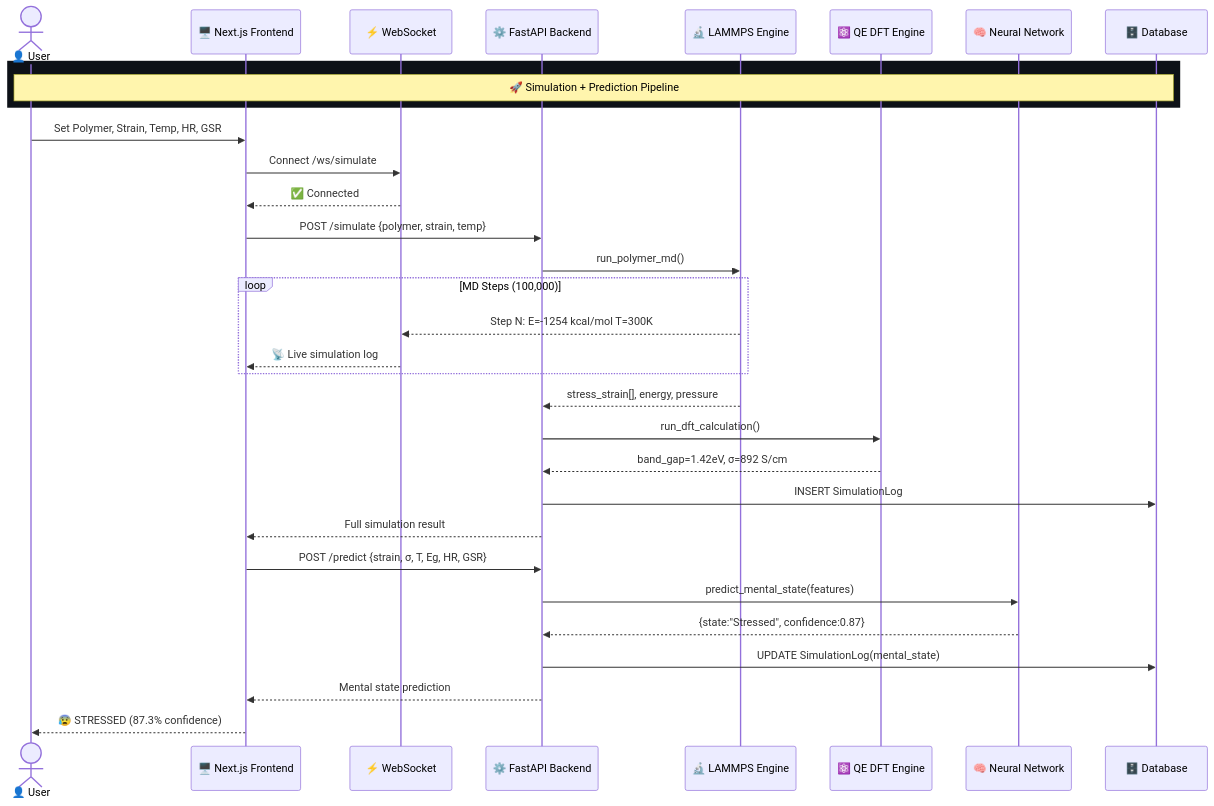
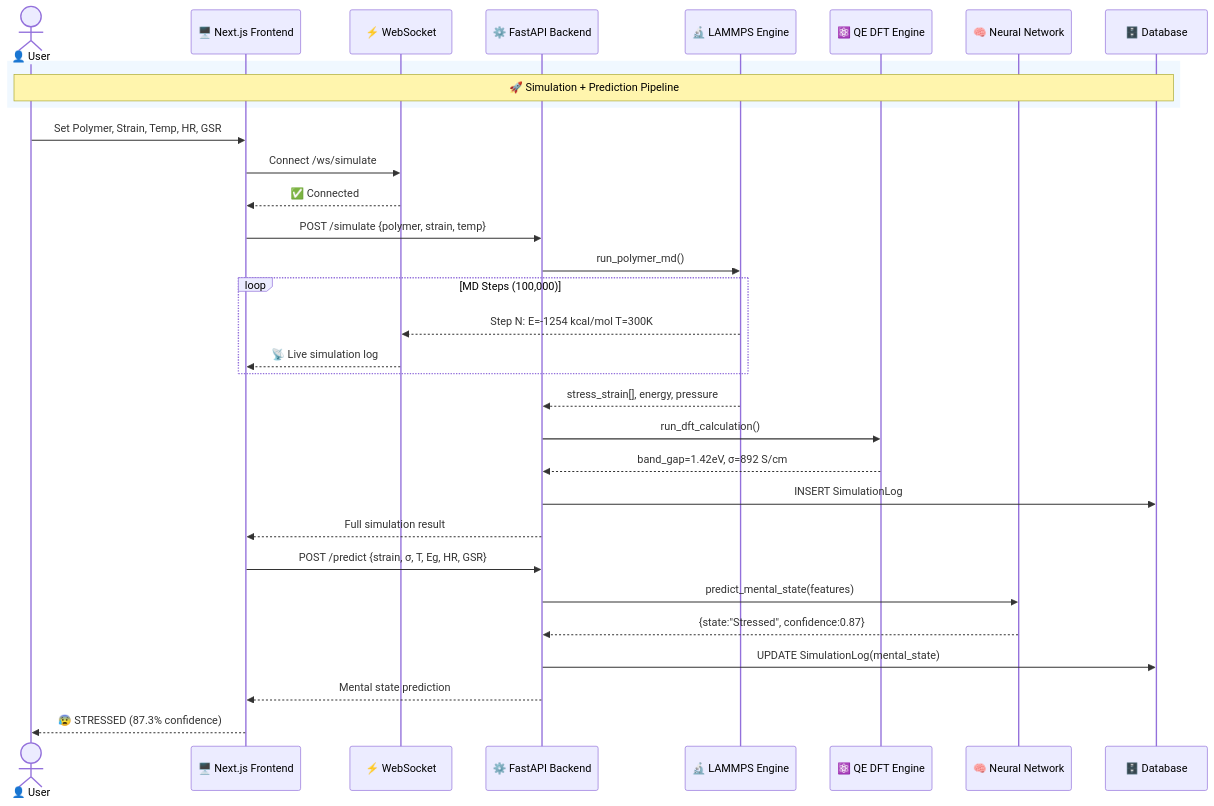
One commit to anshsharmacse/emotionalmaterials changed the second of 16 diagrams in README.md. Above: the diagram before and after it, drawn with Mermaid. The commit also changed other lines of this file, not shown here.

````diff
--- a/README.md
+++ b/README.md
@@ -171,43 +171,43 @@
 ```mermaid
 sequenceDiagram
     actor U as 👤 User
     participant FE as 🖥️ Next.js Frontend
     participant WS as ⚡ WebSocket
     participant API as ⚙️ FastAPI Backend
     participant LMP as 🔬 LAMMPS Engine
     participant QE as ⚛️ QE DFT Engine
     participant NN as 🧠 Neural Network
     participant DB as 🗄️ Database
 
-    rect rgb(13, 17, 23)
+    rect rgb(240, 248, 255)
         Note over U,DB: 🚀 Simulation + Prediction Pipeline
     end
 
     U->>FE: Set Polymer, Strain, Temp, HR, GSR
     FE->>WS: Connect /ws/simulate
     WS-->>FE: ✅ Connected
 
     FE->>API: POST /simulate {polymer, strain, temp}
     API->>LMP: run_polymer_md()
 
     loop MD Steps (100,000)
         LMP-->>WS: Step N: E=-1254 kcal/mol T=300K
         WS-->>FE: 📡 Live simulation log
     end
 
     LMP-->>API: stress_strain[], energy, pressure
     API->>QE: run_dft_calculation()
     QE-->>API: band_gap=1.42eV, σ=892 S/cm
 
     API->>DB: INSERT SimulationLog
     API-->>FE: Full simulation result
 
     FE->>API: POST /predict {strain, σ, T, Eg, HR, GSR}
     API->>NN: predict_mental_state(features)
     NN-->>API: {state:"Stressed", confidence:0.87}
 
     API->>DB: UPDATE SimulationLog(mental_state)
     API-->>FE: Mental state prediction
 
     FE-->>U: 😰 STRESSED (87.3% confidence)
 ```
````
